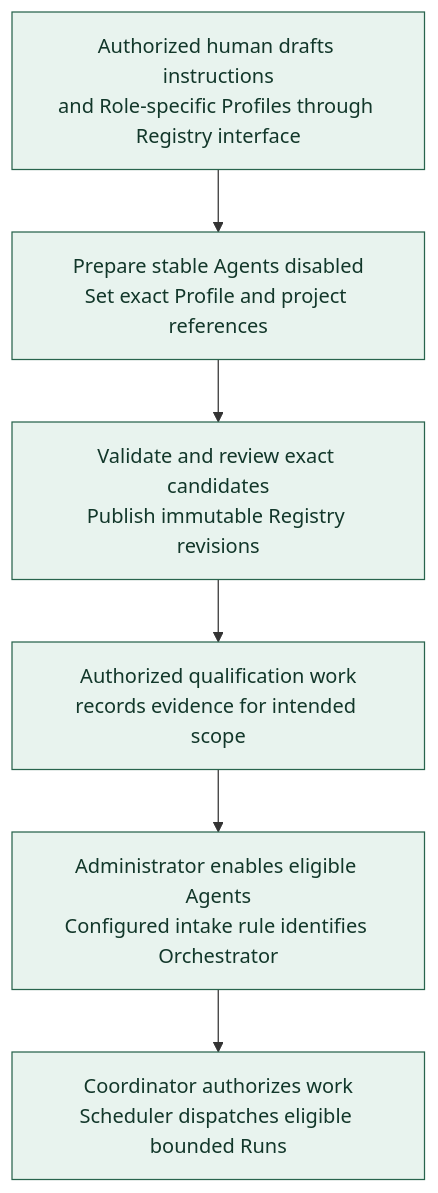
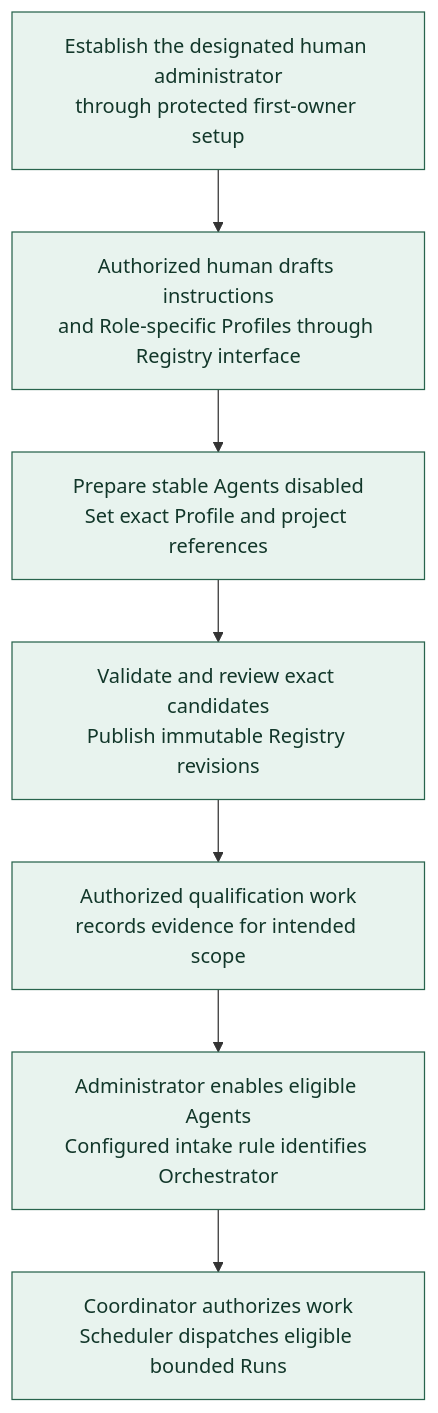
Before and after one commit to andrii2g/mobiraeon: the diagram in docs/diagrams/first-agent-preparation.md, drawn with Mermaid. The commit also changed other lines of this file and 9 other files, not shown here.

Commit message:
added Registry administrator access

````diff
--- a/docs/diagrams/first-agent-preparation.md
+++ b/docs/diagrams/first-agent-preparation.md
@@ -5,16 +5,17 @@
 ```mermaid
 ---
 config:
   flowchart:
     wrappingWidth: 270
 ---
 flowchart TB
-    BOOT["Authorized human drafts instructions<br/>and Role-specific Profiles through Registry interface"] --> CREATE["Prepare stable Agents disabled<br/>Set exact Profile and project references"]
+    ACCESS["Establish the designated human administrator<br/>through protected first-owner setup"] --> BOOT["Authorized human drafts instructions<br/>and Role-specific Profiles through Registry interface"]
+    BOOT --> CREATE["Prepare stable Agents disabled<br/>Set exact Profile and project references"]
     CREATE --> PUBLISH["Validate and review exact candidates<br/>Publish immutable Registry revisions"]
     PUBLISH --> QUALIFY["Authorized qualification work<br/>records evidence for intended scope"]
     QUALIFY --> ENABLE["Administrator enables eligible Agents<br/>Configured intake rule identifies Orchestrator"]
     ENABLE --> COORD["Coordinator authorizes work<br/>Scheduler dispatches eligible bounded Runs"]
 
     classDef agreed fill:#e8f3ee,stroke:#28644d,color:#12372a;
-    class BOOT,CREATE,PUBLISH,QUALIFY,ENABLE,COORD agreed;
+    class ACCESS,BOOT,CREATE,PUBLISH,QUALIFY,ENABLE,COORD agreed;
 ```
````
